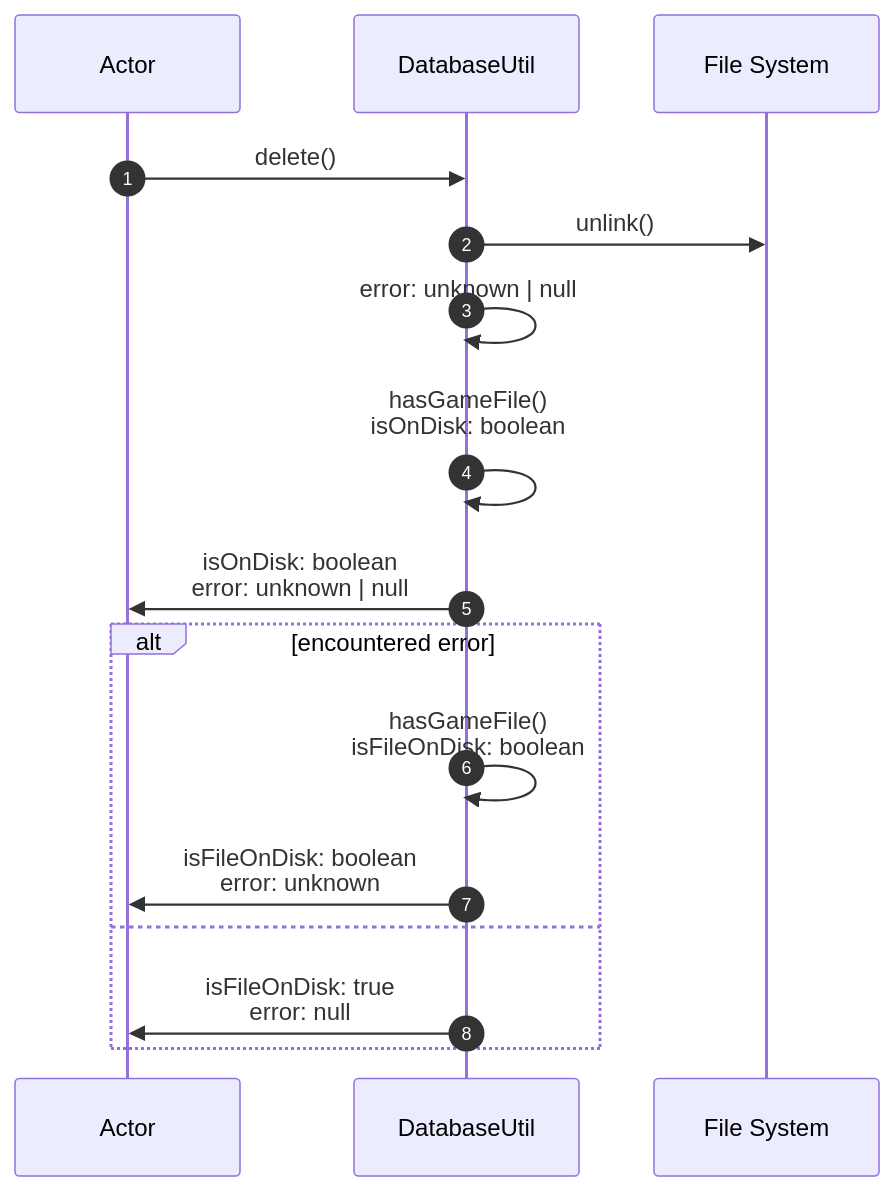
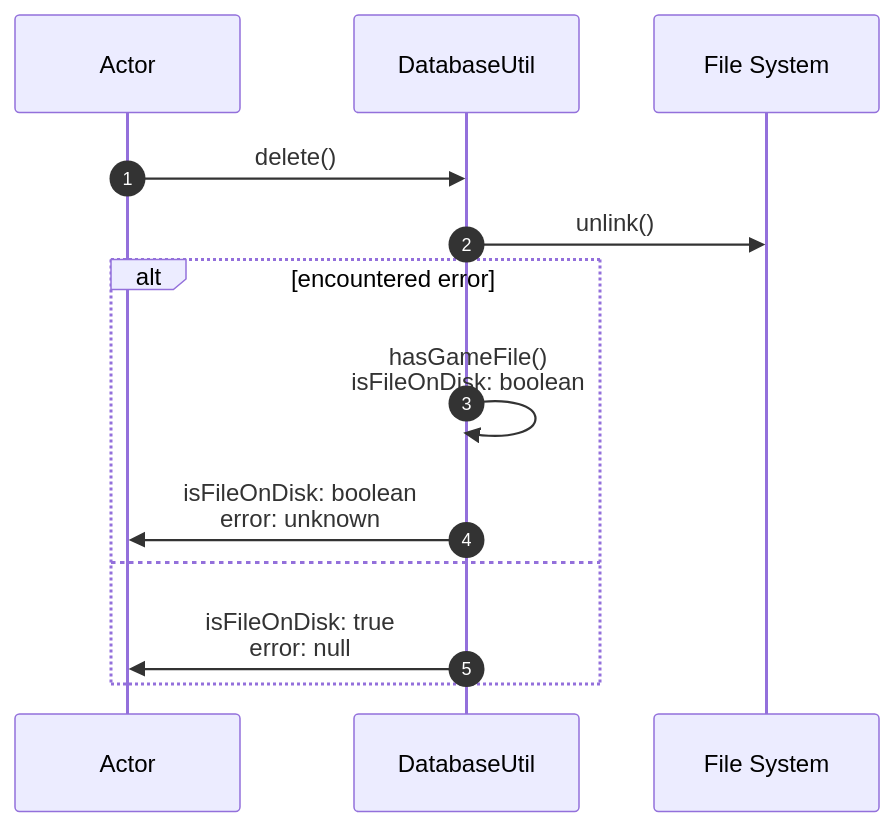
Before and after one commit to normal-devs/klicker-knight: the first of 4 diagrams in docs/architecture/databaseUtil.md, drawn with Mermaid. The commit also changed other lines of this file and 1 other file, not shown here.

Commit message:
Fix inconsistencies in databaseUtil docs

````diff
--- a/docs/architecture/databaseUtil.md
+++ b/docs/architecture/databaseUtil.md
@@ -11,20 +11,17 @@
 ```mermaid
 sequenceDiagram
   autonumber
   participant A as Actor
   participant D as DatabaseUtil
   participant F as File System
 
   A ->> D: delete()
   D ->> F: unlink()
-  D ->> D: error: unknown | null
-  D ->> D: hasGameFile() <br> isOnDisk: boolean <br>
-  D ->> A: isOnDisk: boolean <br> error: unknown | null
 
   alt encountered error
     D ->> D: hasGameFile() <br> isFileOnDisk: boolean
     D ->> A: isFileOnDisk: boolean <br> error: unknown
   else
     D ->> A: isFileOnDisk: true <br> error: null
   end
 ```
````
